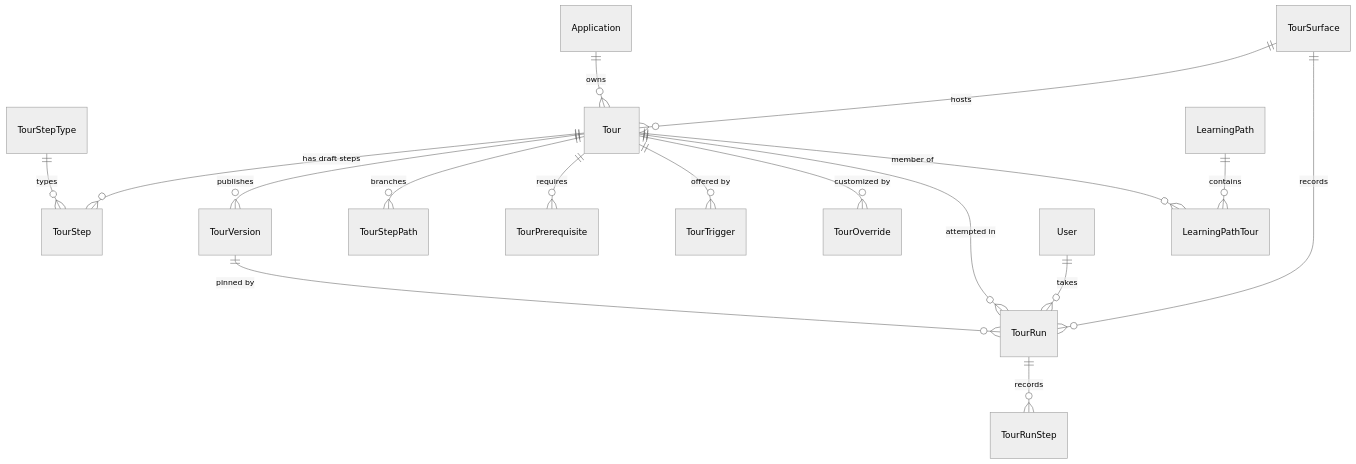
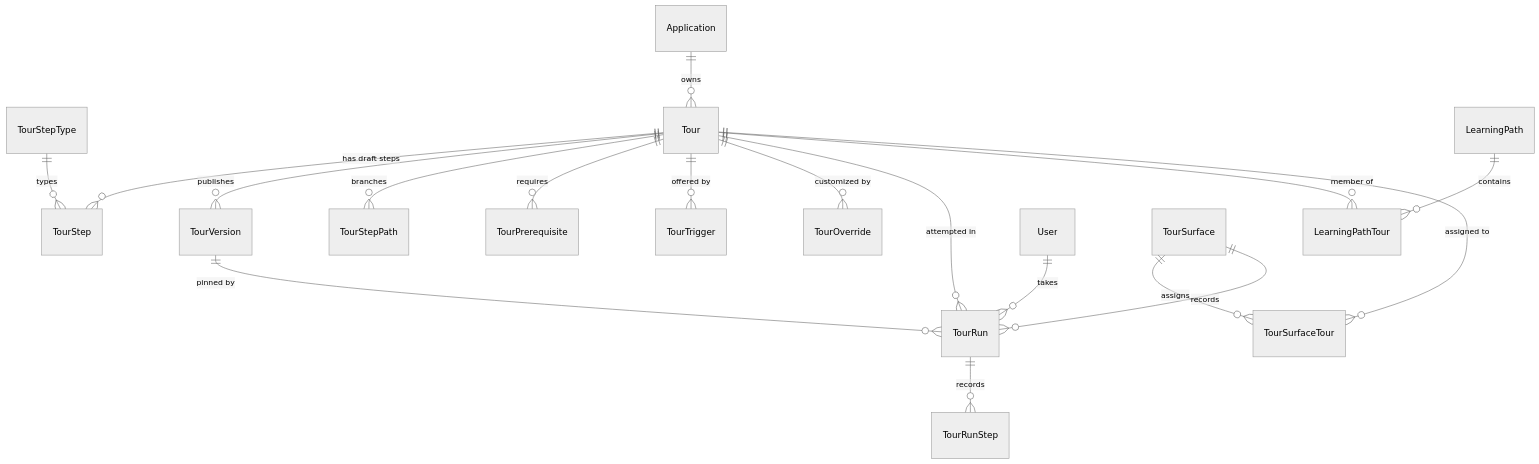
The second of 4 diagrams in plans/guided-tours.md (MemberJunction/MJ), drawn with Mermaid (neutral theme) before and after one commit. The commit also changed other lines of this file, not shown here.

Commit message:
docs(plans): incorporate PR #6349 review feedback on guided tours architecture

````diff
--- a/plans/guided-tours.md
+++ b/plans/guided-tours.md
@@ -439,19 +427,20 @@
 ```mermaid
 erDiagram
     TourStepType ||--o{ TourStep : "types"
     Tour ||--o{ TourStep : "has draft steps"
     Tour ||--o{ TourVersion : "publishes"
     Tour ||--o{ TourStepPath : "branches"
     Tour ||--o{ TourPrerequisite : "requires"
     Tour ||--o{ TourTrigger : "offered by"
     Tour ||--o{ TourOverride : "customized by"
     Tour ||--o{ TourRun : "attempted in"
     LearningPath ||--o{ LearningPathTour : "contains"
     Tour ||--o{ LearningPathTour : "member of"
     TourVersion ||--o{ TourRun : "pinned by"
     TourRun ||--o{ TourRunStep : "records"
     User ||--o{ TourRun : "takes"
     Application ||--o{ Tour : "owns"
-    TourSurface ||--o{ Tour : "hosts"
+    TourSurface ||--o{ TourSurfaceTour : "assigns"
+    Tour ||--o{ TourSurfaceTour : "assigned to"
     TourSurface ||--o{ TourRun : "records"
 ```
````
